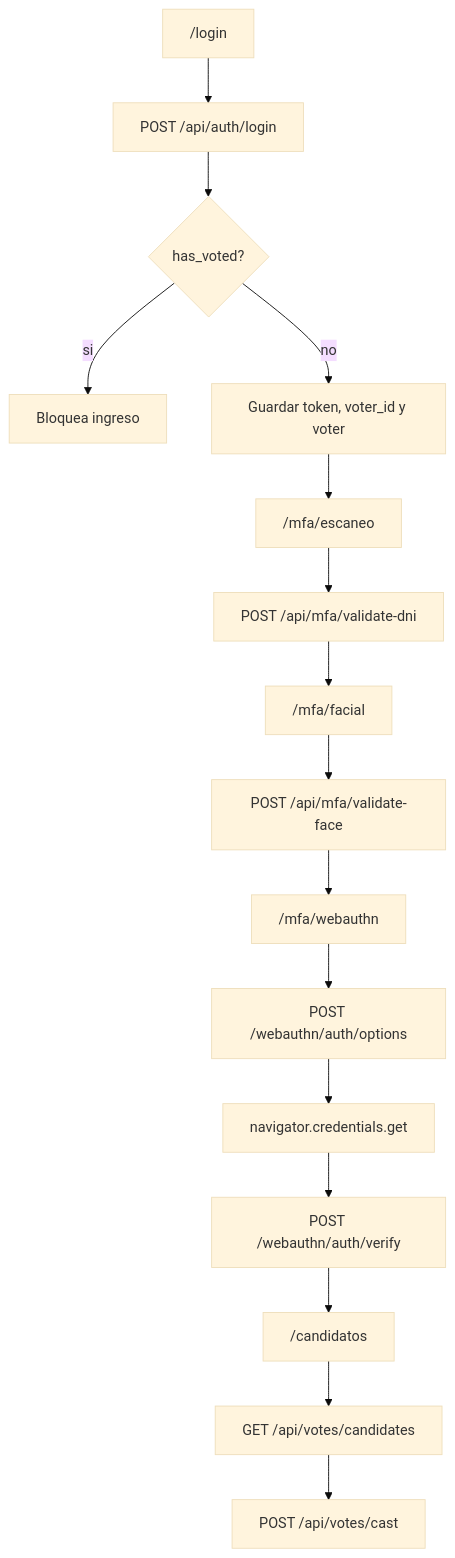
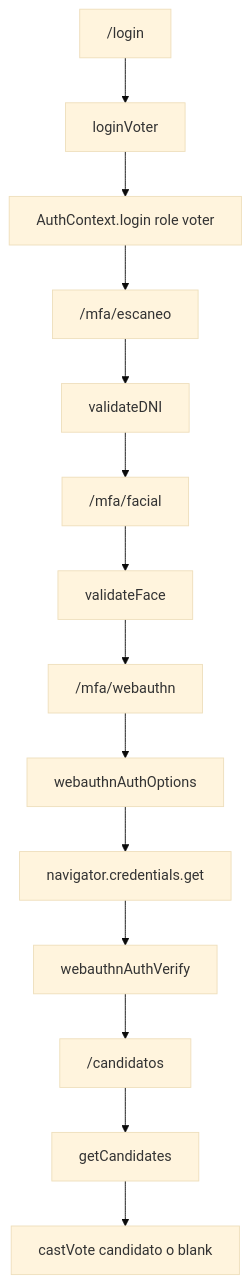
One commit to mofuel/Nexa-Vote-Front changed the third of 4 diagrams in docs/03-rutas-y-flujos.md. Above: the diagram before and after it, drawn with Mermaid (base theme). The commit also changed other lines of this file and 11 other files, not shown here.

````diff
--- a/docs/03-rutas-y-flujos.md
+++ b/docs/03-rutas-y-flujos.md
@@ -65,18 +51,16 @@
 ```mermaid
 flowchart TD
-  A["/login"] --> B["POST /api/auth/login"]
-  B --> C{"has_voted?"}
-  C -- "si" --> X["Bloquea ingreso"]
-  C -- "no" --> D["Guardar token, voter_id y voter"]
-  D --> E["/mfa/escaneo"]
-  E --> F["POST /api/mfa/validate-dni"]
-  F --> G["/mfa/facial"]
-  G --> H["POST /api/mfa/validate-face"]
-  H --> I["/mfa/webauthn"]
-  I --> J["POST /webauthn/auth/options"]
-  J --> K["navigator.credentials.get"]
-  K --> L["POST /webauthn/auth/verify"]
-  L --> M["/candidatos"]
-  M --> N["GET /api/votes/candidates"]
-  N --> O["POST /api/votes/cast"]
+  A["/login"] --> B["loginVoter"]
+  B --> C["AuthContext.login role voter"]
+  C --> D["/mfa/escaneo"]
+  D --> E["validateDNI"]
+  E --> F["/mfa/facial"]
+  F --> G["validateFace"]
+  G --> H["/mfa/webauthn"]
+  H --> I["webauthnAuthOptions"]
+  I --> J["navigator.credentials.get"]
+  J --> K["webauthnAuthVerify"]
+  K --> L["/candidatos"]
+  L --> M["getCandidates"]
+  M --> N["castVote candidato o blank"]
 ```
````
